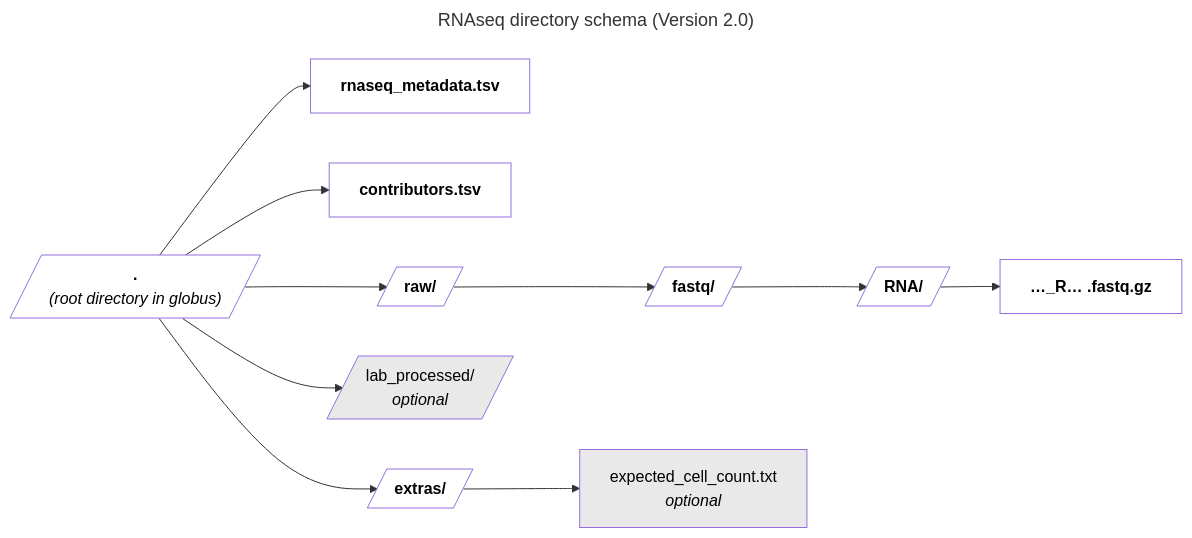
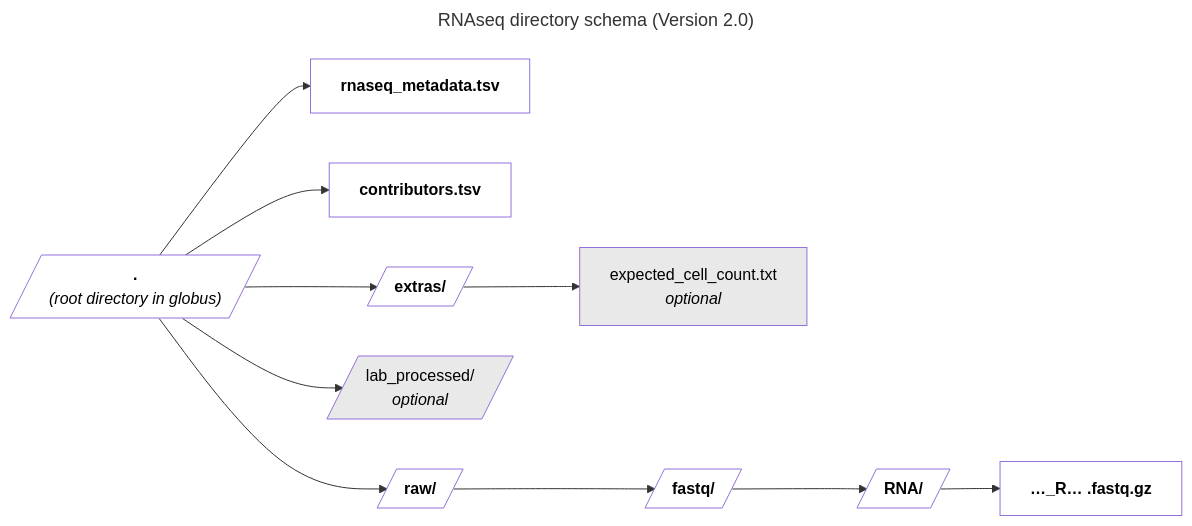
The diagram in docs/rnaseq/current/index.md (dojobo/ingest-validation-tools), drawn with Mermaid before and after one commit. The commit also changed 1 other file, not shown here.

Commit message:
add rna seq with probes diagram

````diff
--- a/docs/rnaseq/current/index.md
+++ b/docs/rnaseq/current/index.md
@@ -45,16 +45,24 @@
 ```mermaid
 ---
 title: RNAseq directory schema (Version 2.0)
 ---
 flowchart LR
     root[/"`**.**
-    *(root directory in globus)*`"/] --> am["`**rnaseq_metadata.tsv**`"] & c["`**contributors.tsv**`"] & ex[/"`**extras/**`"/] & lp[/"`lab_processed/
-    *optional*`"/]:::opt & raw[/"`**raw/**`"/]
+    *(root directory in globus)*`"/] --> am["`**rnaseq_metadata.tsv**`"] 
+    root --> c["`**contributors.tsv**`"] 
+
+    root --> ex[/"`**extras/**`"/] 
+    ex --> expected["`expected_cell_count.txt
+    *optional*`"]:::opt
+    
+    root --> lp[/"`lab_processed/
+    *optional*`"/]:::opt 
+    
+    root --> raw[/"`**raw/**`"/]
     raw --> fastq[/"`**fastq/**`"/]
     fastq --> RNA[/"`**RNA/**`"/]
     RNA --> gz["`**…_R… .fastq.gz**`"]
-    ex --> expected["`expected_cell_count.txt
-    *optional*`"]:::opt
+    
     classDef default fill:#FFFFFF,color:#000;
     classDef opt fill:#E9E9E9,color:#000;
 ```
````
